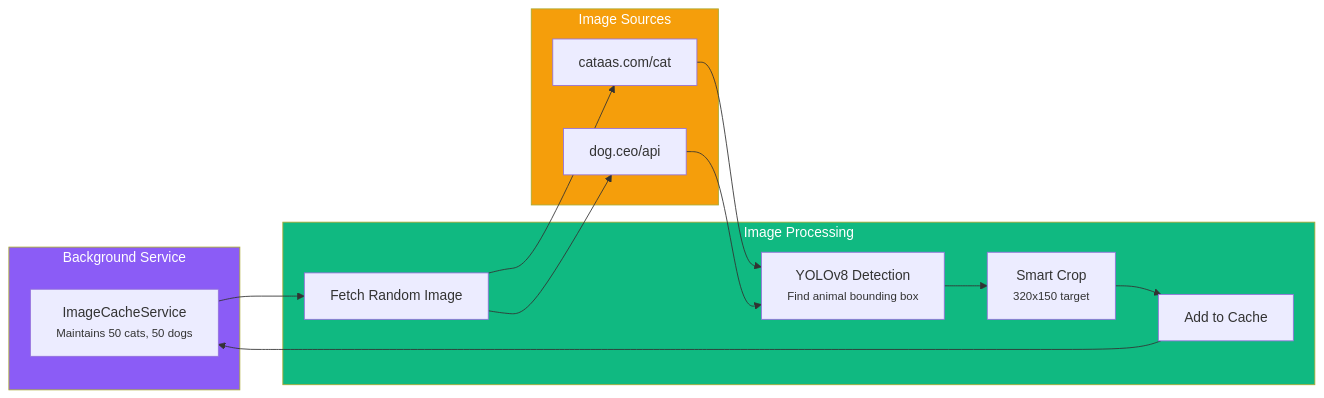
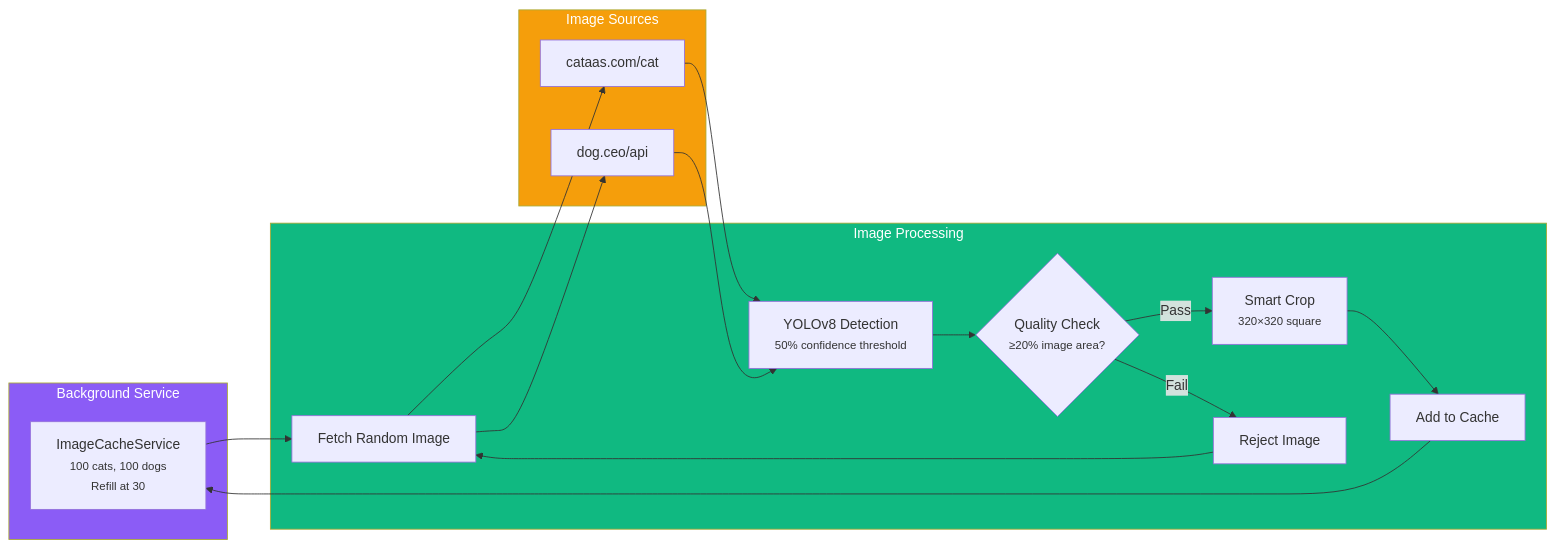
Before and after one commit to psford/claudeProjects: the diagram in stock_analyzer_dotnet/src/StockAnalyzer.Api/wwwroot/docs/diagrams/image-pipeline.mmd, drawn with Mermaid. The commit also changed 5 other files, not shown here.

First line of the commit message:
Update Mermaid diagrams to reflect current architecture

```diff
--- a/stock_analyzer_dotnet/src/StockAnalyzer.Api/wwwroot/docs/diagrams/image-pipeline.mmd
+++ b/stock_analyzer_dotnet/src/StockAnalyzer.Api/wwwroot/docs/diagrams/image-pipeline.mmd
@@ -1,30 +1,35 @@
 %% MANUAL - Update when image processing changes
 graph LR
     subgraph Background["Background Service"]
-        ICS["ImageCacheService<br/><small>Maintains 50 cats, 50 dogs</small>"]
+        ICS["ImageCacheService<br/><small>100 cats, 100 dogs<br/>Refill at 30</small>"]
     end
 
     subgraph Processing["Image Processing"]
         Fetch["Fetch Random Image"]
-        ML["YOLOv8 Detection<br/><small>Find animal bounding box</small>"]
-        Crop["Smart Crop<br/><small>320x150 target</small>"]
+        ML["YOLOv8 Detection<br/><small>50% confidence threshold</small>"]
+        QC{"Quality Check<br/><small>≥20% image area?</small>"}
+        Crop["Smart Crop<br/><small>320×320 square</small>"]
         Cache["Add to Cache"]
+        Reject["Reject Image"]
     end
 
     subgraph Sources["Image Sources"]
         Cat["cataas.com/cat"]
         Dog["dog.ceo/api"]
     end
 
     ICS --> Fetch
     Fetch --> Cat
     Fetch --> Dog
     Cat --> ML
     Dog --> ML
-    ML --> Crop
+    ML --> QC
+    QC -->|Pass| Crop
+    QC -->|Fail| Reject
+    Reject --> Fetch
     Crop --> Cache
     Cache --> ICS
 
     style Background fill:#8B5CF6,color:#fff
     style Processing fill:#10B981,color:#fff
     style Sources fill:#F59E0B,color:#fff
```
